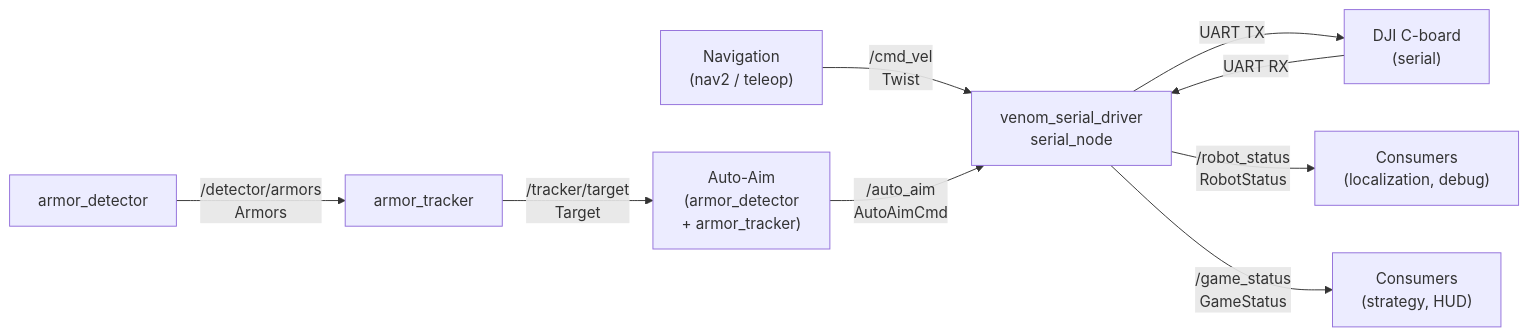
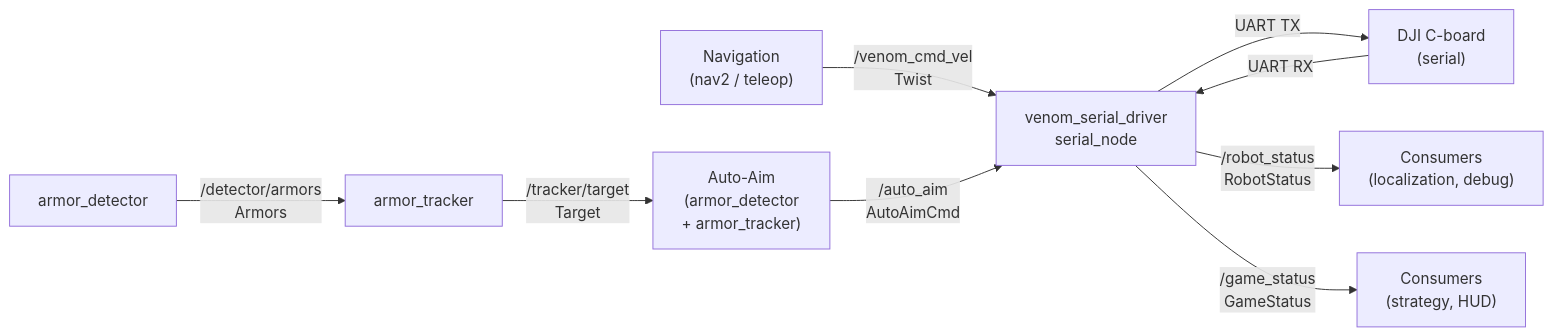
One commit to HY-LiYihan/venom_vnv changed the diagram in docs/topics.md. Above: the diagram before and after it, drawn with Mermaid. The commit also changed other lines of this file, not shown here.

First line of the commit message:
docs: update topics.md to reflect /venom_cmd_vel rename and chassis_wz field

````diff
--- a/docs/topics.md
+++ b/docs/topics.md
@@ -7,17 +7,17 @@
 ```mermaid
 flowchart LR
     nav["Navigation\n(nav2 / teleop)"]
     aim["Auto-Aim\n(armor_detector\n+ armor_tracker)"]
     serial["venom_serial_driver\nserial_node"]
     cboard["DJI C-board\n(serial)"]
 
-    nav -->|"/cmd_vel\nTwist"| serial
+    nav -->|"/venom_cmd_vel\nTwist"| serial
     aim -->|"/auto_aim\nAutoAimCmd"| serial
     serial -->|"UART TX"| cboard
     cboard -->|"UART RX"| serial
     serial -->|"/robot_status\nRobotStatus"| consumers1["Consumers\n(localization, debug)"]
     serial -->|"/game_status\nGameStatus"| consumers2["Consumers\n(strategy, HUD)"]
 
     aim_det["armor_detector"] -->|"/detector/armors\nArmors"| aim_trk["armor_tracker"]
     aim_trk -->|"/tracker/target\nTarget"| aim
 ```
````
